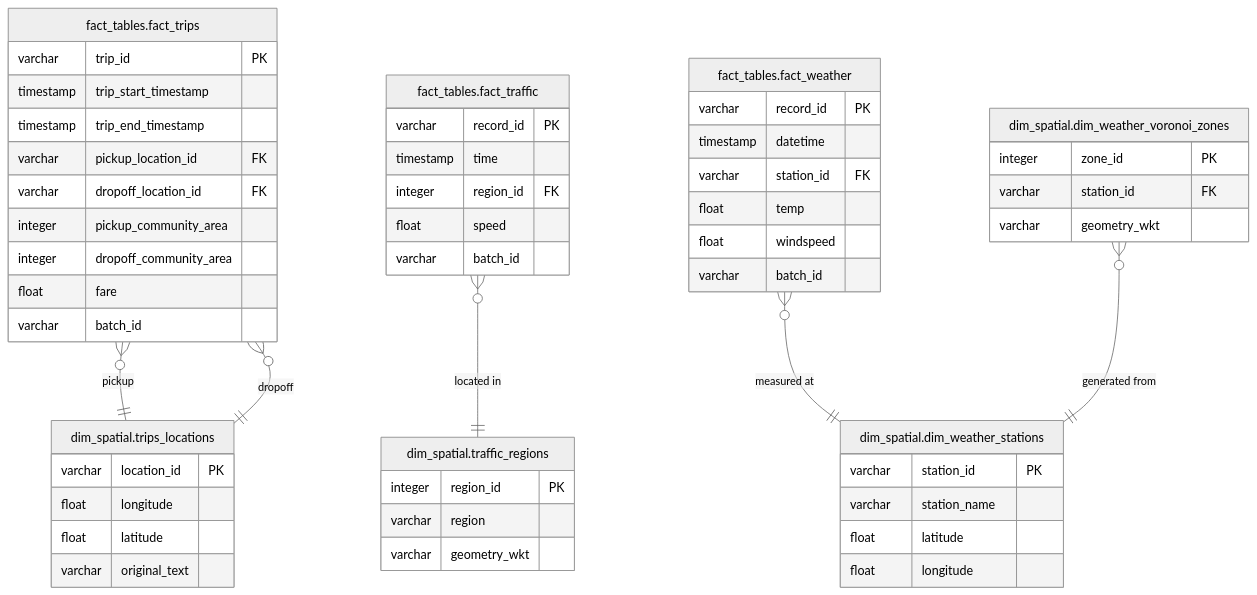
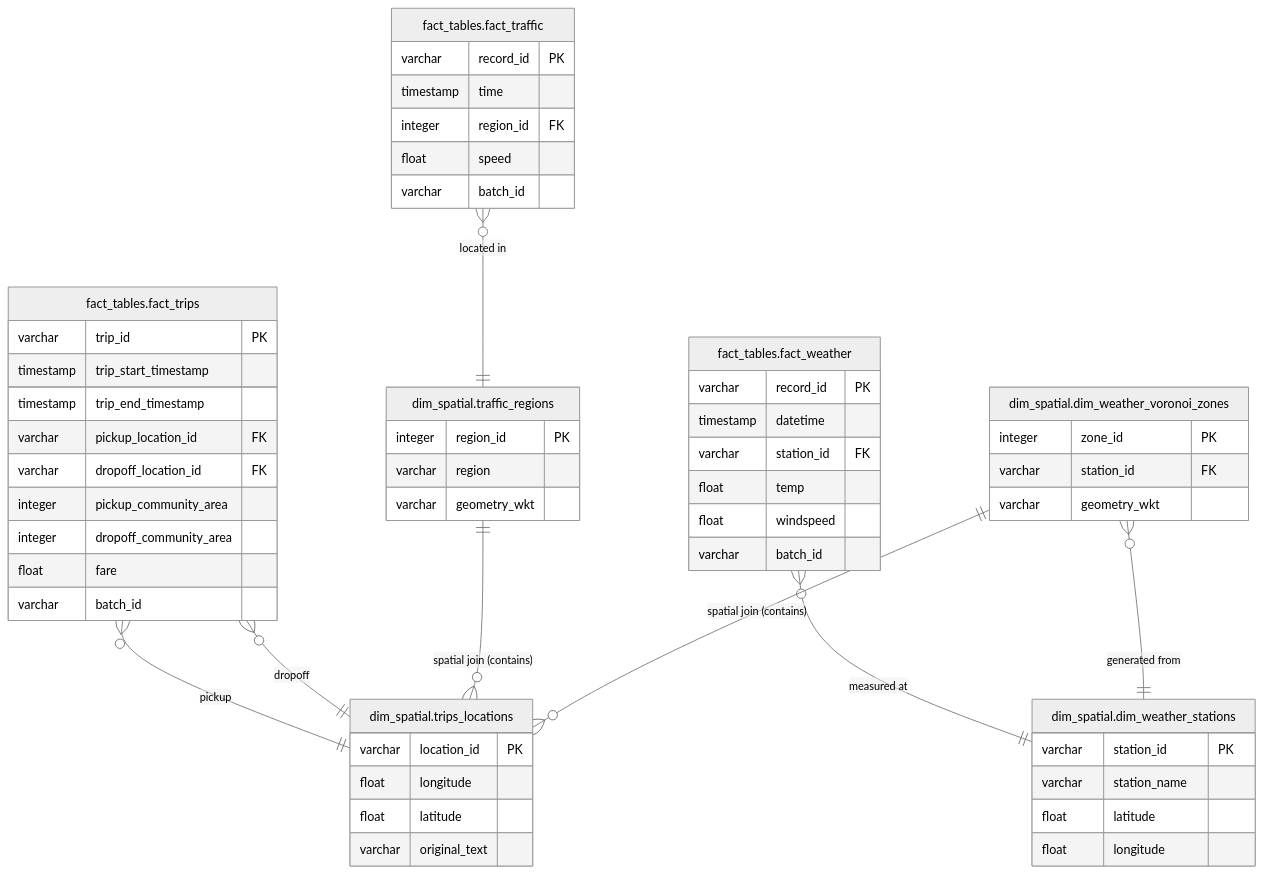
Before and after one commit to tepeve/chicago_rstrips: the second of 2 diagrams in README.md, drawn with Mermaid (neutral theme). The commit also changed other lines of this file and 4 other files, not shown here.

Commit message:
Refactor ETL pipelines: comment out datamart refresh tasks in coldstart and batch pipelines; update README.md flowchart for clarity; change test file permissions.

````diff
--- a/README.md
+++ b/README.md
@@ -133,64 +177,70 @@
 ```mermaid
 erDiagram
-    fact_tables.fact_trips {
+    direction TB
+    fact_tables_fact_trips["fact_tables.fact_trips"] {
         varchar trip_id PK
         timestamp trip_start_timestamp
         timestamp trip_end_timestamp
         varchar pickup_location_id FK
         varchar dropoff_location_id FK
         integer pickup_community_area
         integer dropoff_community_area
         float fare
         varchar batch_id
     }
 
-    fact_tables.fact_traffic {
+    fact_tables_fact_traffic["fact_tables.fact_traffic"] {
         varchar record_id PK
         timestamp time
         integer region_id FK
         float speed
         varchar batch_id
     }
 
-    fact_tables.fact_weather {
+    fact_tables_fact_weather["fact_tables.fact_weather"] {
         varchar record_id PK
         timestamp datetime
         varchar station_id FK
         float temp
         float windspeed
         varchar batch_id
     }
 
-    dim_spatial.trips_locations {
+    dim_spatial_trips_locations["dim_spatial.trips_locations"] {
         varchar location_id PK
         float longitude
         float latitude
         varchar original_text
     }
 
-    dim_spatial.traffic_regions {
+    dim_spatial_traffic_regions["dim_spatial.traffic_regions"] {
         integer region_id PK
         varchar region
         varchar geometry_wkt
     }
 
-    dim_spatial.dim_weather_stations {
+    dim_spatial_dim_weather_stations["dim_spatial.dim_weather_stations"] {
         varchar station_id PK
         varchar station_name
         float latitude
         float longitude
     }
 
-    dim_spatial.dim_weather_voronoi_zones {
+    dim_spatial_dim_weather_voronoi_zones["dim_spatial.dim_weather_voronoi_zones"] {
         integer zone_id PK
         varchar station_id FK
         varchar geometry_wkt
     }
 
-    fact_tables.fact_trips }o--|| dim_spatial.trips_locations : "pickup"
-    fact_tables.fact_trips }o--|| dim_spatial.trips_locations : "dropoff"
-    fact_tables.fact_traffic }o--|| dim_spatial.traffic_regions : "located in"
-    fact_tables.fact_weather }o--|| dim_spatial.dim_weather_stations : "measured at"
-    dim_spatial.dim_weather_voronoi_zones }o--|| dim_spatial.dim_weather_stations : "generated from"
+    %% Relaciones FK existentes
+    fact_tables_fact_trips }o--|| dim_spatial_trips_locations : "pickup"
+    fact_tables_fact_trips }o--|| dim_spatial_trips_locations : "dropoff"
+    fact_tables_fact_traffic }o--|| dim_spatial_traffic_regions : "located in"
+    fact_tables_fact_weather }o--|| dim_spatial_dim_weather_stations : "measured at"
+    dim_spatial_dim_weather_voronoi_zones }o--|| dim_spatial_dim_weather_stations : "generated from"
+
+    %% NUEVAS Relaciones Espaciales (Point in Polygon)
+    dim_spatial_traffic_regions ||--o{ dim_spatial_trips_locations : "spatial join (contains)"
+    dim_spatial_dim_weather_voronoi_zones ||--o{ dim_spatial_trips_locations : "spatial join (contains)"
 
 ```
````
